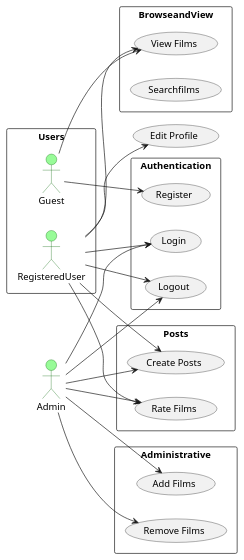
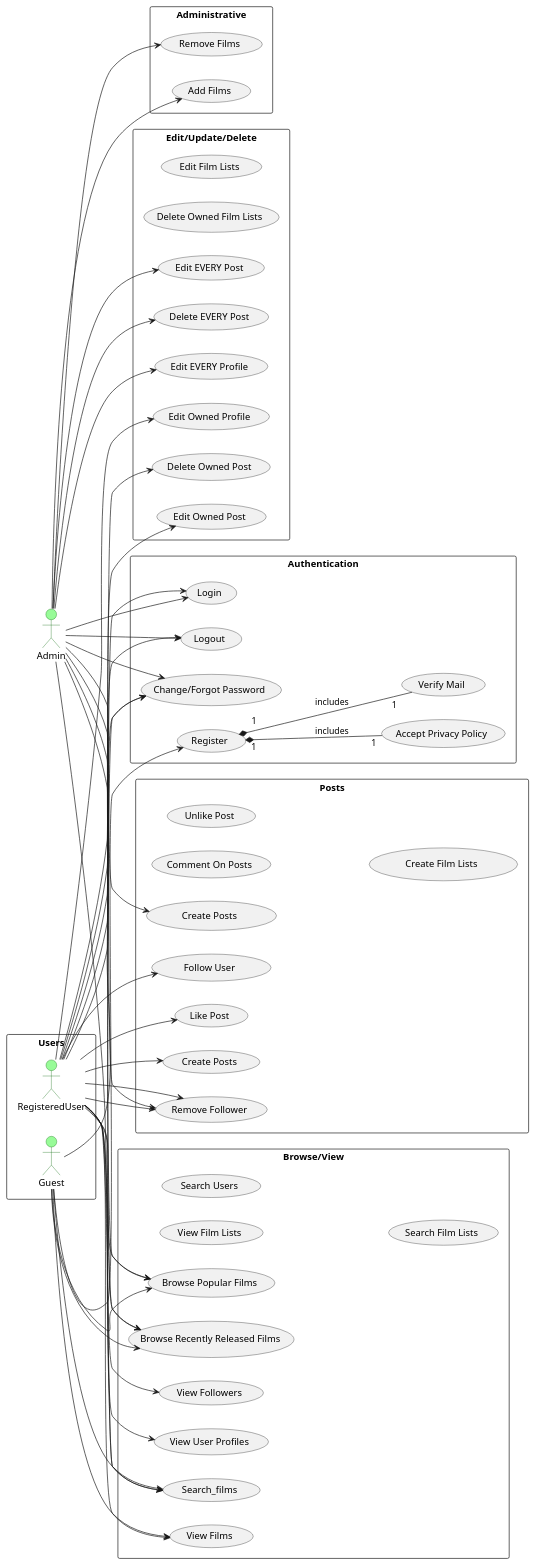
The diagram in diagrams/use_case_uml.puml (bounswe/bounswe2024group2), drawn with PlantUML before and after one commit.

Commit message:
update use case diagram

```diff
--- a/diagrams/use_case_uml.puml
+++ b/diagrams/use_case_uml.puml
@@ -1,55 +1,107 @@
 @startuml
 left to right direction
 skinparam packageStyle rect
 skinparam actor {
     BackgroundColor PaleGreen
     BorderColor DarkGreen
 }
 
 package Users{
 
 actor RegisteredUser as U
 actor Guest as G
 
 }
 
 actor Admin as A
 
 
 
 package Posts {
-  A --> (Create Posts)
+  (Comment On Posts) as COP
+  (Unlike Post) as UP
+  (          Create Film Lists          ) as CFL
+  (Rate Films) as RF
+  (       Follow User       ) as FU 
+  (Like Post) as LP
+  A --> (         Create Posts         )
   U --> (Create Posts)
-  U --> (Rate Films)
-  A --> (Rate Films)
+  U --> (RF)
+  U --> (LP)
+  U --> (FU)
+  A --> (RF)
+  
 
 }
 package Administrative{
   A --> (Add Films)
   A --> (Remove Films)
 
 }
 
-package BrowseandView{
+package Browse/View{
+(View Followers) as VF
+(Remove Follower) as RF
+(View User Profiles) as VU
+(View Film Lists) as VFL
+(Search Users) as SU
+(Search_films) as SF
+(Search Film Lists) as SFL
 U --> (View Films)
+U --> (RF)
+U --> (VF)
+U --> (VU)
+
 G --> (View Films)
-(Searchfilms) as SF
+
+U --> (SF)
+G --> (SF)
+A --> (SF)
+(Browse Popular Films) as BPF
+(Browse Recently Released Films) as BRRF
+U --> (BRRF)
+G --> (BRRF)
+A --> (BRRF)
+U --> (BPF)
+G --> (BPF)
+A --> (BPF)
+}
+
+package Edit/Update/Delete {
+(Edit Film Lists) as EFL
+(Delete Owned Film Lists) as DOFL
+(Edit Owned Profile) as EO  
+(Edit EVERY Profile) as EE
+U --> EO
+A --> (EE)
+(Edit Owned Post) as EOP
+(Edit EVERY Post) as EEP
+U --> (EOP)
+A --> (EEP)
+(Delete Owned Post) as DOP
+(Delete EVERY Post) as DEP
+U --> (DOP)
+A --> (DEP)
 
 }
 
-
-U --> (Edit Profile)
-
-
 package Authentication{
-U --> (Login)
-U --> (Logout)
-A --> (Login)
-A --> (Logout)
-G --> (Register)
+  (Accept Privacy Policy) as APP
+  (Verify Mail) as VM 
+  U --> (Login)
+  U --> (Logout)
+  A --> (Login)
+  A --> (Logout)
+  G --> (Register)
+  (Change/Forgot Password) as CP
+  A --> (CP)
+  U --> (CP)
+  G --> (CP)
+  (Register) "1" *-- "1" (APP) : includes
+  (Register) "1" *-- "1" (VM) : includes
 }
 
 
 
 
 @enduml
```
